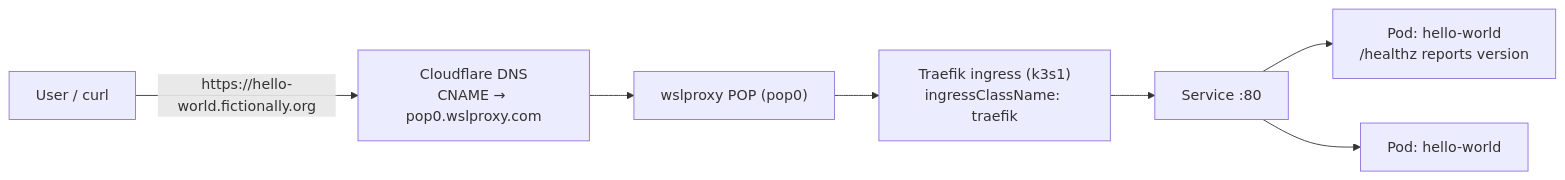
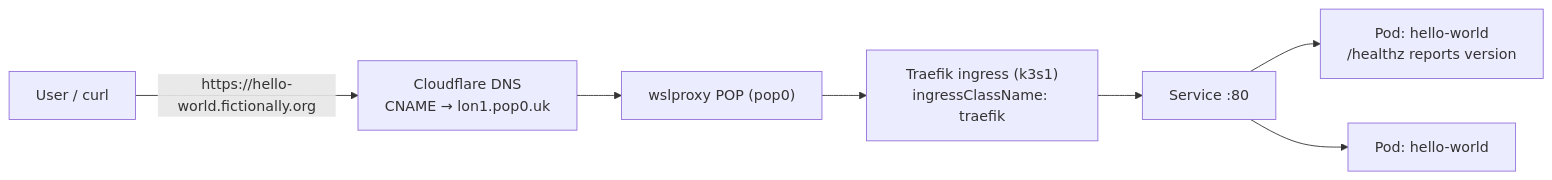
The first of 2 diagrams in training/sample-apps/hello-world/architecture.md (bwalia/ring-promoter), drawn with Mermaid before and after one commit. The commit also changed 29 other files, not shown here.

First line of the commit message:
chore(dns): repoint edge CNAME target pop0.wslproxy.com -> lon1.pop0.uk

````diff
--- a/training/sample-apps/hello-world/architecture.md
+++ b/training/sample-apps/hello-world/architecture.md
@@ -9,9 +9,9 @@
 ```mermaid
 flowchart LR
-  U["User / curl"] -->|"https://hello-world.fictionally.org"| CF["Cloudflare DNS<br/>CNAME → pop0.wslproxy.com"]
+  U["User / curl"] -->|"https://hello-world.fictionally.org"| CF["Cloudflare DNS<br/>CNAME → lon1.pop0.uk"]
   CF --> POP["wslproxy POP (pop0)"]
   POP --> TR["Traefik ingress (k3s1)<br/>ingressClassName: traefik"]
   TR --> SVC["Service :80"]
   SVC --> P1["Pod: hello-world<br/>/healthz reports version"]
   SVC --> P2["Pod: hello-world"]
 ```
````
